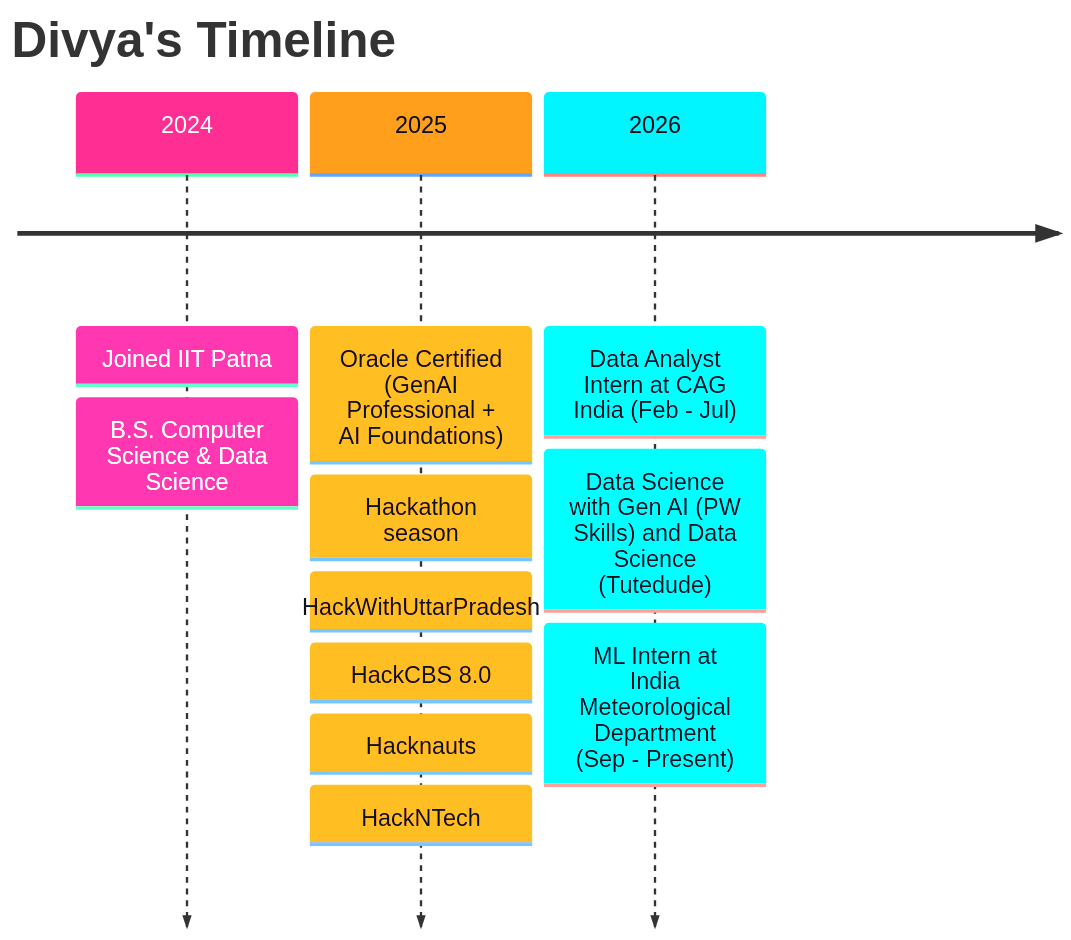
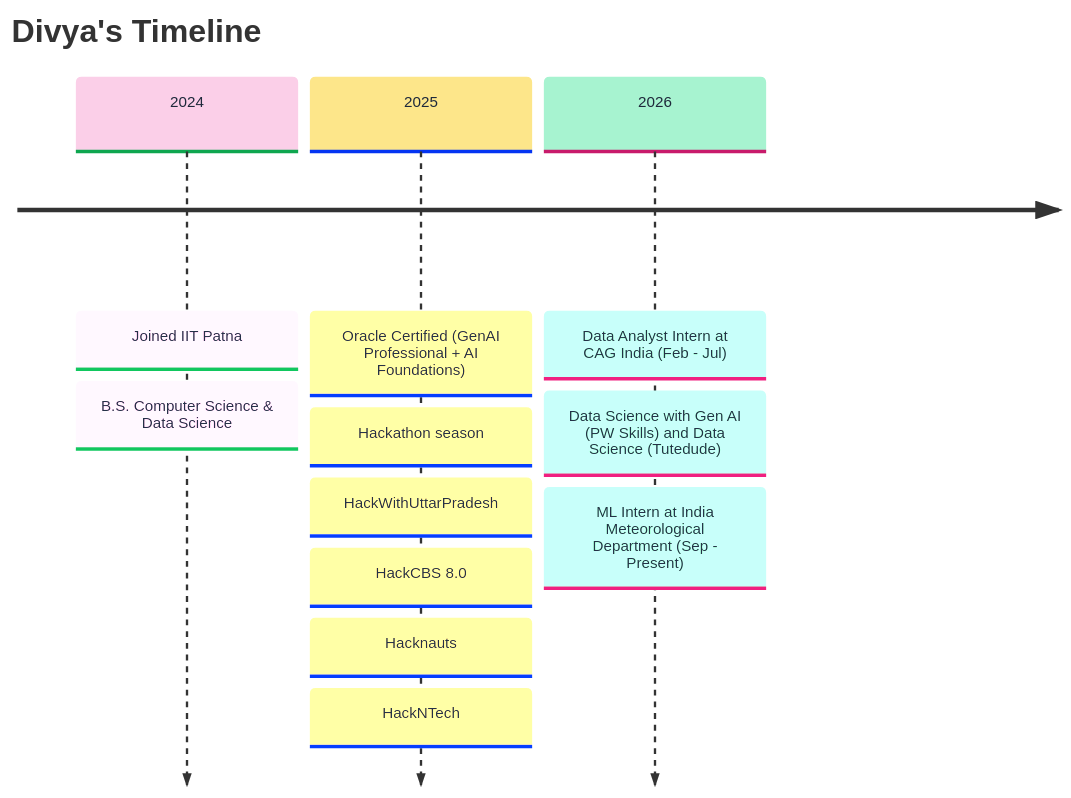
One commit to CodeBy-Divya/CodeBy-Divya changed the first of 6 diagrams in README.md. Above: the diagram before and after it, drawn with Mermaid. The commit also changed other lines of this file, not shown here.

````diff
--- a/README.md
+++ b/README.md
@@ -66,11 +66,11 @@
 ```mermaid
-%%{init: {'theme':'base','themeVariables':{'fontSize':'20px','cScale0':'#FF2E93','cScale1':'#FF9F1C','cScale2':'#00F5FF','cScaleLabel0':'#ffffff','cScaleLabel1':'#0b0f1a','cScaleLabel2':'#0b0f1a','lineColor':'#FFE600'}}}%%
+%%{init: {'theme':'base','themeVariables':{'fontSize':'13px','cScale0':'#FBCFE8','cScale1':'#FDE68A','cScale2':'#A7F3D0','cScaleLabel0':'#1e293b','cScaleLabel1':'#1e293b','cScaleLabel2':'#1e293b','lineColor':'#94A3B8'}}}%%
 timeline
     title Divya's Timeline
     2024 : Joined IIT Patna : B.S. Computer Science & Data Science
     2025 : Oracle Certified (GenAI Professional + AI Foundations)
          : Hackathon season : HackWithUttarPradesh : HackCBS 8.0 : Hacknauts : HackNTech
     2026 : Data Analyst Intern at CAG India (Feb - Jul)
          : Data Science with Gen AI (PW Skills) and Data Science (Tutedude)
          : ML Intern at India Meteorological Department (Sep - Present)
 ```
````
